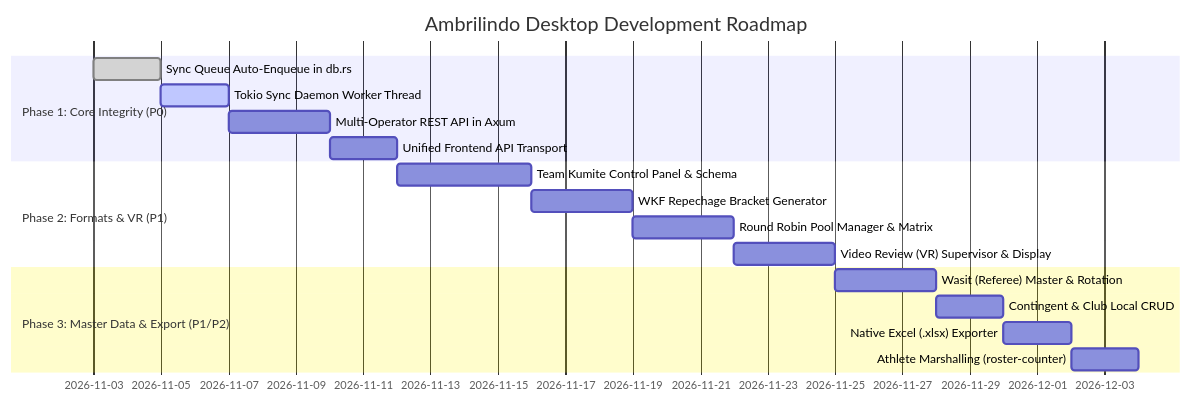
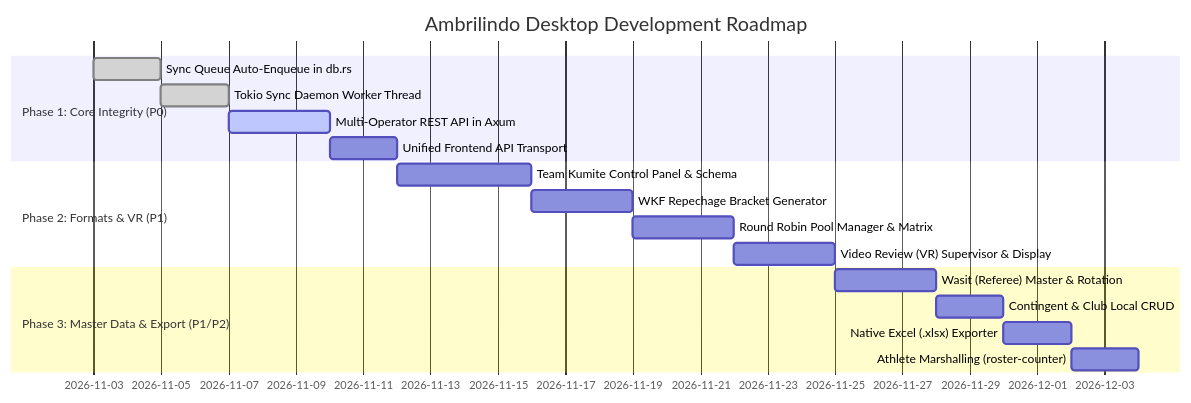
The diagram in PRD_AMBRILINDO_DESKTOP.md (wellyfishy/ambrilindo_desktop), drawn with Mermaid before and after one commit. The commit also changed other lines of this file, not shown here.

Commit message:
docs(prd): mark Epic 4.1 Live Sync Engine as completed

````diff
--- a/PRD_AMBRILINDO_DESKTOP.md
+++ b/PRD_AMBRILINDO_DESKTOP.md
@@ -272,22 +277,22 @@
 ```mermaid
 gantt
     title Ambrilindo Desktop Development Roadmap
     dateFormat  YYYY-MM-DD
     section Phase 1: Core Integrity (P0)
     Sync Queue Auto-Enqueue in db.rs       :done, 2026-11-03, 2d
-    Tokio Sync Daemon Worker Thread        :active, 2026-11-05, 2d
-    Multi-Operator REST API in Axum        :2026-11-07, 3d
+    Tokio Sync Daemon Worker Thread        :done, 2026-11-05, 2d
+    Multi-Operator REST API in Axum        :active, 2026-11-07, 3d
     Unified Frontend API Transport         :2026-11-10, 2d
 
     section Phase 2: Formats & VR (P1)
     Team Kumite Control Panel & Schema     :2026-11-12, 4d
     WKF Repechage Bracket Generator        :2026-11-16, 3d
     Round Robin Pool Manager & Matrix      :2026-11-19, 3d
     Video Review (VR) Supervisor & Display :2026-11-22, 3d
 
     section Phase 3: Master Data & Export (P1/P2)
     Wasit (Referee) Master & Rotation      :2026-11-25, 3d
     Contingent & Club Local CRUD           :2026-11-28, 2d
     Native Excel (.xlsx) Exporter          :2026-11-30, 2d
     Athlete Marshalling (roster-counter)   :2026-12-02, 2d
 ```
````
